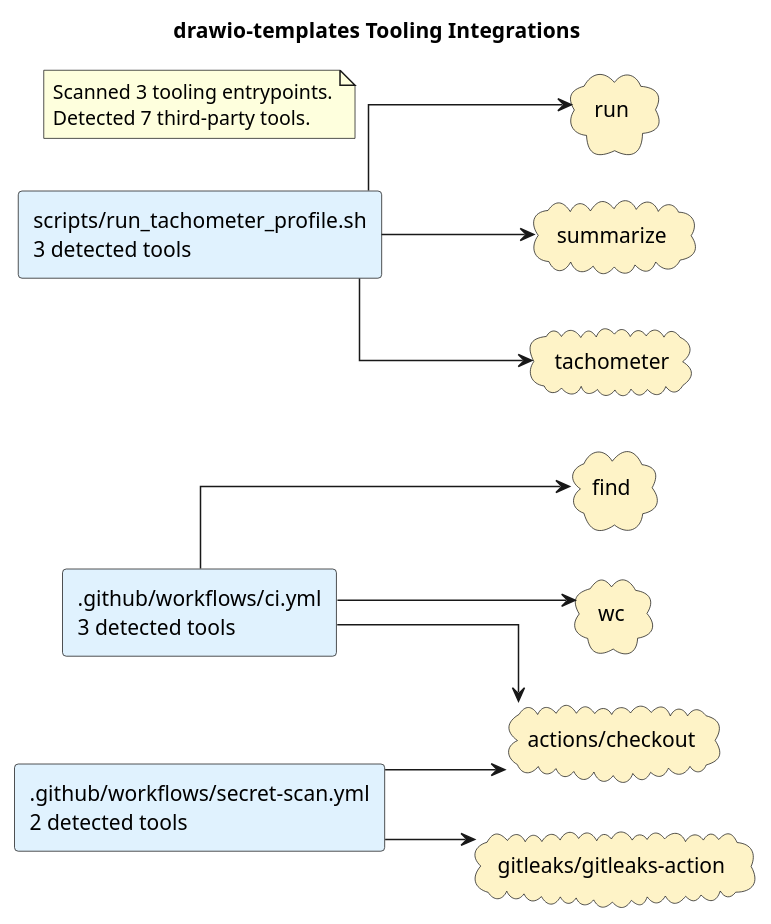
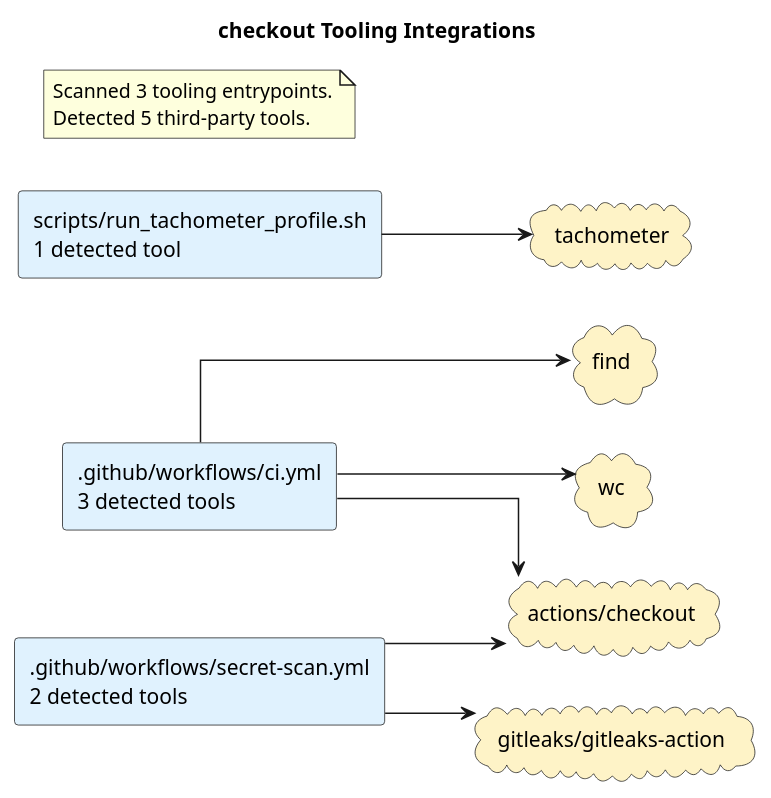
One commit to casonk/drawio-templates changed the diagram in docs/diagrams/tooling-integrations.puml. Above: the diagram before and after it, drawn with PlantUML. The commit also changed 5 other files, not shown here.

Commit message:
docs: refresh generated architecture diagrams (#11)

```diff
--- a/docs/diagrams/tooling-integrations.puml
+++ b/docs/diagrams/tooling-integrations.puml
@@ -1,30 +1,26 @@
 @startuml
-title drawio-templates Tooling Integrations
+title checkout Tooling Integrations
 left to right direction
 skinparam shadowing false
 skinparam defaultFontName Monospace
 skinparam componentStyle rectangle
 skinparam linetype ortho
 rectangle ".github/workflows/ci.yml\n3 detected tools" as source_github_workflows_ci_yml #E0F2FE
 rectangle ".github/workflows/secret-scan.yml\n2 detected tools" as source_github_workflows_secret_scan_yml #E0F2FE
-rectangle "scripts/run_tachometer_profile.sh\n3 detected tools" as source_scripts_run_tachometer_profile_sh #E0F2FE
+rectangle "scripts/run_tachometer_profile.sh\n1 detected tool" as source_scripts_run_tachometer_profile_sh #E0F2FE
 cloud "actions/checkout" as tool_actions_checkout #FEF3C7
 cloud "find" as tool_find #FEF3C7
 cloud "gitleaks/gitleaks-action" as tool_gitleaks_gitleaks_action #FEF3C7
-cloud "run" as tool_run #FEF3C7
-cloud "summarize" as tool_summarize #FEF3C7
 cloud "tachometer" as tool_tachometer #FEF3C7
 cloud "wc" as tool_wc #FEF3C7
 source_github_workflows_ci_yml --> tool_actions_checkout
 source_github_workflows_ci_yml --> tool_find
 source_github_workflows_ci_yml --> tool_wc
 source_github_workflows_secret_scan_yml --> tool_actions_checkout
 source_github_workflows_secret_scan_yml --> tool_gitleaks_gitleaks_action
-source_scripts_run_tachometer_profile_sh --> tool_run
-source_scripts_run_tachometer_profile_sh --> tool_summarize
 source_scripts_run_tachometer_profile_sh --> tool_tachometer
 note as toolingGraphSummary
 Scanned 3 tooling entrypoints.
-Detected 7 third-party tools.
+Detected 5 third-party tools.
 end note
 @enduml
```
